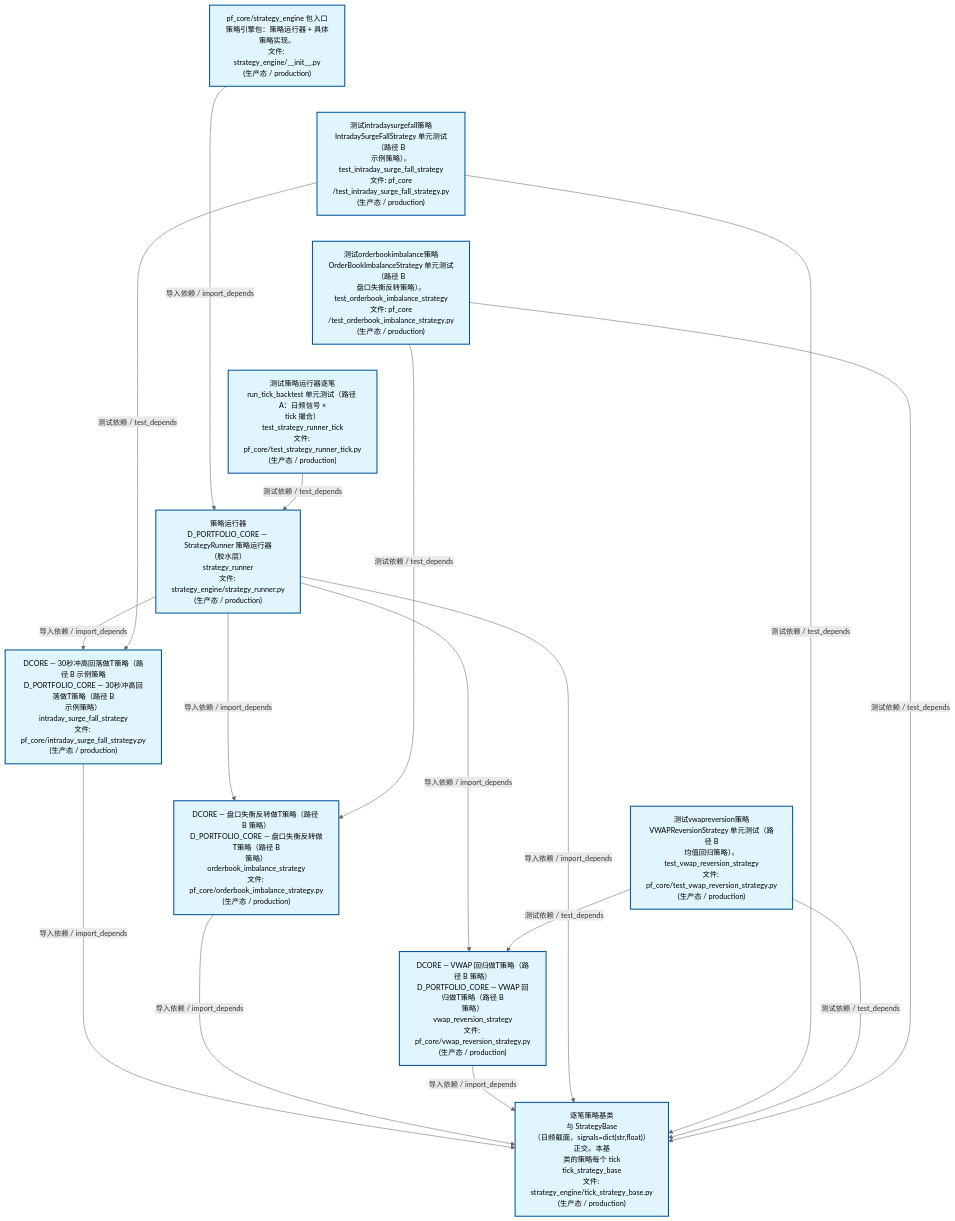
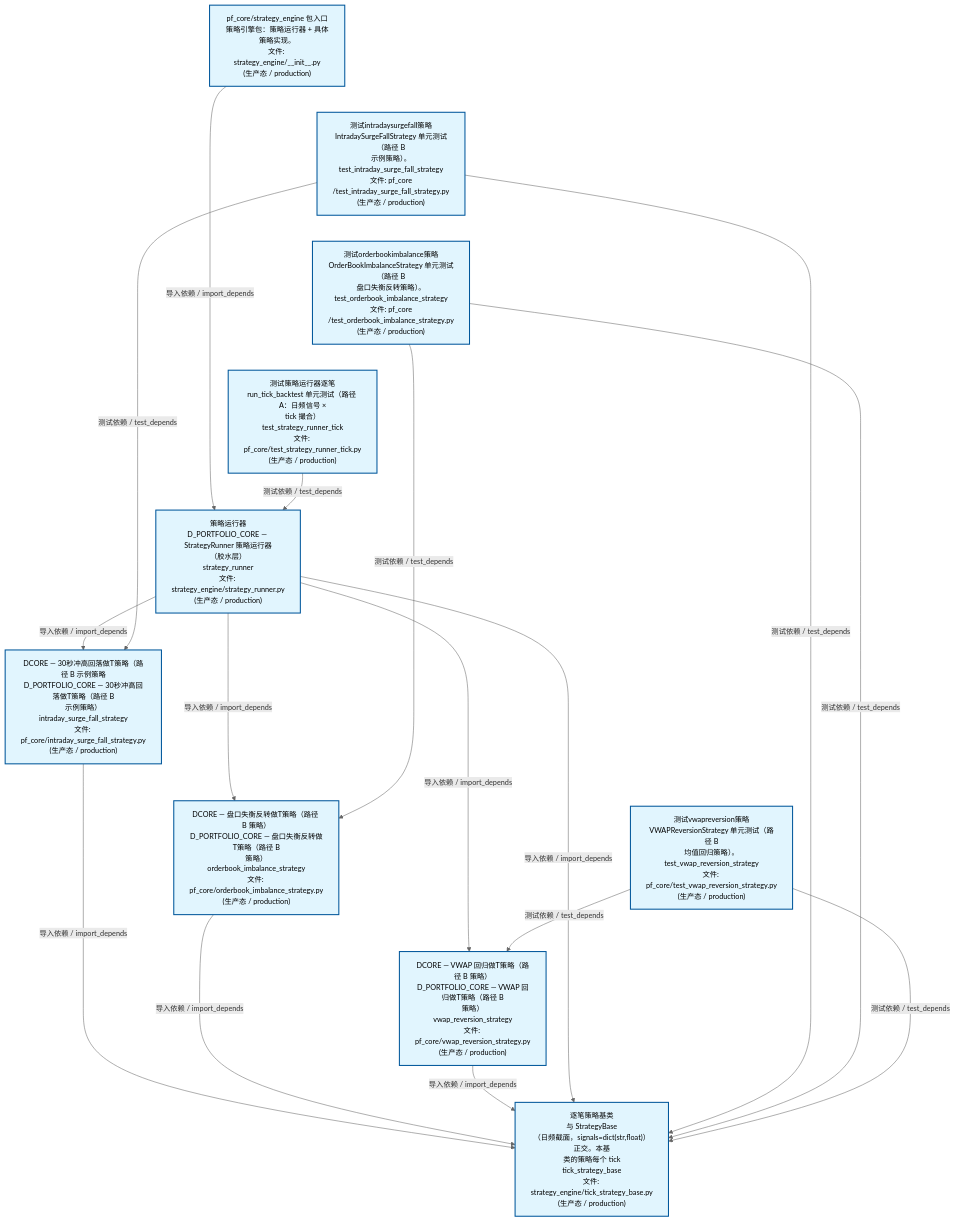
Before and after one commit to xuanFelixVan/ZephyrAlpha: the second of 4 diagrams in docs/02_enterprise_architecture/02_domain_architecture_docs/63_d_pf_core.md, drawn with Mermaid. The commit also changed other lines of this file and 40 other files, not shown here.

````diff
--- a/docs/02_enterprise_architecture/02_domain_architecture_docs/63_d_pf_core.md
+++ b/docs/02_enterprise_architecture/02_domain_architecture_docs/63_d_pf_core.md
@@ -135,40 +135,40 @@
 ```mermaid
 %%{init: {'theme': 'base', 'themeVariables': {'primaryColor': '#eaeaea', 'primaryTextColor': '#333333', 'primaryBorderColor': '#666666', 'lineColor': '#666666', 'secondaryColor': '#eaeaea', 'tertiaryColor': '#eaeaea', 'fontSize': '14px'}}}%%
 flowchart TD
     src_zephyr_pf_core_strategy_engine_init_py["pf_core/strategy_engine 包入口<br/>策略引擎包：策略运行器 + 具体策略实现。<br/>文件: strategy_engine/__init__.py<br/>(生产态 / production)"]
     tests_pf_core_test_intraday_surge_fall_strategy_py["测试intradaysurgefall策略<br/>IntradaySurgeFallStrategy 单元测试（路径 B<br/>示例策略）。<br/>test_intraday_surge_fall_strategy<br/>文件: pf_core<br/>/test_intraday_surge_fall_strategy.py<br/>(生产态 / production)"]
     tests_pf_core_test_orderbook_imbalance_strategy_py["测试orderbookimbalance策略<br/>OrderBookImbalanceStrategy 单元测试（路径 B<br/>盘口失衡反转策略）。<br/>test_orderbook_imbalance_strategy<br/>文件: pf_core<br/>/test_orderbook_imbalance_strategy.py<br/>(生产态 / production)"]
     tests_pf_core_test_strategy_runner_tick_py["测试策略运行器逐笔<br/>run_tick_backtest 单元测试（路径 A：日频信号 ×<br/>tick 撮合）<br/>test_strategy_runner_tick<br/>文件: pf_core/test_strategy_runner_tick.py<br/>(生产态 / production)"]
     tests_pf_core_test_vwap_reversion_strategy_py["测试vwapreversion策略<br/>VWAPReversionStrategy 单元测试（路径 B<br/>均值回归策略）。<br/>test_vwap_reversion_strategy<br/>文件: pf_core/test_vwap_reversion_strategy.py<br/>(生产态 / production)"]
     src_zephyr_pf_core_strategy_engine_init_py ~~~ tests_pf_core_test_intraday_surge_fall_strategy_py
     tests_pf_core_test_intraday_surge_fall_strategy_py ~~~ tests_pf_core_test_orderbook_imbalance_strategy_py
     tests_pf_core_test_orderbook_imbalance_strategy_py ~~~ tests_pf_core_test_strategy_runner_tick_py
     tests_pf_core_test_strategy_runner_tick_py ~~~ tests_pf_core_test_vwap_reversion_strategy_py
     src_zephyr_pf_core_strategy_engine_strategy_runner_py["策略运行器<br/>D_PORTFOLIO_CORE — StrategyRunner 策略运行器<br/>（胶水层）<br/>strategy_runner<br/>文件: strategy_engine/strategy_runner.py<br/>(生产态 / production)"]
     src_zephyr_pf_core_intraday_surge_fall_strategy_py["DCORE — 30秒冲高回落做T策略（路径 B 示例策略<br/>D_PORTFOLIO_CORE — 30秒冲高回落做T策略（路径 B<br/>示例策略）<br/>intraday_surge_fall_strategy<br/>文件: pf_core/intraday_surge_fall_strategy.py<br/>(生产态 / production)"]
     src_zephyr_pf_core_orderbook_imbalance_strategy_py["DCORE — 盘口失衡反转做T策略（路径 B 策略）<br/>D_PORTFOLIO_CORE — 盘口失衡反转做T策略（路径 B<br/>策略）<br/>orderbook_imbalance_strategy<br/>文件: pf_core/orderbook_imbalance_strategy.py<br/>(生产态 / production)"]
     src_zephyr_pf_core_vwap_reversion_strategy_py["DCORE — VWAP 回归做T策略（路径 B 策略）<br/>D_PORTFOLIO_CORE — VWAP 回归做T策略（路径 B<br/>策略）<br/>vwap_reversion_strategy<br/>文件: pf_core/vwap_reversion_strategy.py<br/>(生产态 / production)"]
     src_zephyr_pf_core_intraday_surge_fall_strategy_py ~~~ src_zephyr_pf_core_orderbook_imbalance_strategy_py
     src_zephyr_pf_core_orderbook_imbalance_strategy_py ~~~ src_zephyr_pf_core_vwap_reversion_strategy_py
     src_zephyr_pf_core_strategy_engine_tick_strategy_base_py["逐笔策略基类<br/>与 StrategyBase<br/>（日频截面，signals=dict(str,float)）正交。本基<br/>类的策略每个 tick<br/>tick_strategy_base<br/>文件: strategy_engine/tick_strategy_base.py<br/>(生产态 / production)"]
     src_zephyr_pf_core_intraday_surge_fall_strategy_py -->|导入依赖 / import_depends| src_zephyr_pf_core_strategy_engine_tick_strategy_base_py
     src_zephyr_pf_core_orderbook_imbalance_strategy_py -->|导入依赖 / import_depends| src_zephyr_pf_core_strategy_engine_tick_strategy_base_py
     src_zephyr_pf_core_vwap_reversion_strategy_py -->|导入依赖 / import_depends| src_zephyr_pf_core_strategy_engine_tick_strategy_base_py
     src_zephyr_pf_core_strategy_engine_init_py -->|导入依赖 / import_depends| src_zephyr_pf_core_strategy_engine_strategy_runner_py
     src_zephyr_pf_core_strategy_engine_strategy_runner_py -->|导入依赖 / import_depends| src_zephyr_pf_core_intraday_surge_fall_strategy_py
     src_zephyr_pf_core_strategy_engine_strategy_runner_py -->|导入依赖 / import_depends| src_zephyr_pf_core_orderbook_imbalance_strategy_py
     src_zephyr_pf_core_strategy_engine_strategy_runner_py -->|导入依赖 / import_depends| src_zephyr_pf_core_vwap_reversion_strategy_py
     src_zephyr_pf_core_strategy_engine_strategy_runner_py -->|导入依赖 / import_depends| src_zephyr_pf_core_strategy_engine_tick_strategy_base_py
-    tests_pf_core_test_strategy_runner_tick_py -->|测试依赖 / test_depends| src_zephyr_pf_core_strategy_engine_strategy_runner_py
     tests_pf_core_test_intraday_surge_fall_strategy_py -->|测试依赖 / test_depends| src_zephyr_pf_core_intraday_surge_fall_strategy_py
     tests_pf_core_test_intraday_surge_fall_strategy_py -->|测试依赖 / test_depends| src_zephyr_pf_core_strategy_engine_tick_strategy_base_py
+    tests_pf_core_test_orderbook_imbalance_strategy_py -->|测试依赖 / test_depends| src_zephyr_pf_core_orderbook_imbalance_strategy_py
+    tests_pf_core_test_orderbook_imbalance_strategy_py -->|测试依赖 / test_depends| src_zephyr_pf_core_strategy_engine_tick_strategy_base_py
+    tests_pf_core_test_strategy_runner_tick_py -->|测试依赖 / test_depends| src_zephyr_pf_core_strategy_engine_strategy_runner_py
     tests_pf_core_test_vwap_reversion_strategy_py -->|测试依赖 / test_depends| src_zephyr_pf_core_vwap_reversion_strategy_py
     tests_pf_core_test_vwap_reversion_strategy_py -->|测试依赖 / test_depends| src_zephyr_pf_core_strategy_engine_tick_strategy_base_py
-    tests_pf_core_test_orderbook_imbalance_strategy_py -->|测试依赖 / test_depends| src_zephyr_pf_core_orderbook_imbalance_strategy_py
-    tests_pf_core_test_orderbook_imbalance_strategy_py -->|测试依赖 / test_depends| src_zephyr_pf_core_strategy_engine_tick_strategy_base_py
     classDef production fill:#e1f5fe,stroke:#01579b,stroke-width:2px,color:#000
     classDef design fill:#fff3e0,stroke:#e65100,stroke-width:2px,color:#000,stroke-dasharray: 5 5
     classDef external_prod fill:#e8f4fd,stroke:#0277bd,stroke-width:1px,color:#000
     classDef external_design fill:#fff8e7,stroke:#ef6c00,stroke-width:1px,color:#000,stroke-dasharray: 5 5
     class src_zephyr_pf_core_intraday_surge_fall_strategy_py,src_zephyr_pf_core_orderbook_imbalance_strategy_py,src_zephyr_pf_core_strategy_engine_init_py,src_zephyr_pf_core_strategy_engine_strategy_runner_py,src_zephyr_pf_core_strategy_engine_tick_strategy_base_py,src_zephyr_pf_core_vwap_reversion_strategy_py,tests_pf_core_test_intraday_surge_fall_strategy_py,tests_pf_core_test_orderbook_imbalance_strategy_py,tests_pf_core_test_strategy_runner_tick_py,tests_pf_core_test_vwap_reversion_strategy_py production
 ```
````
